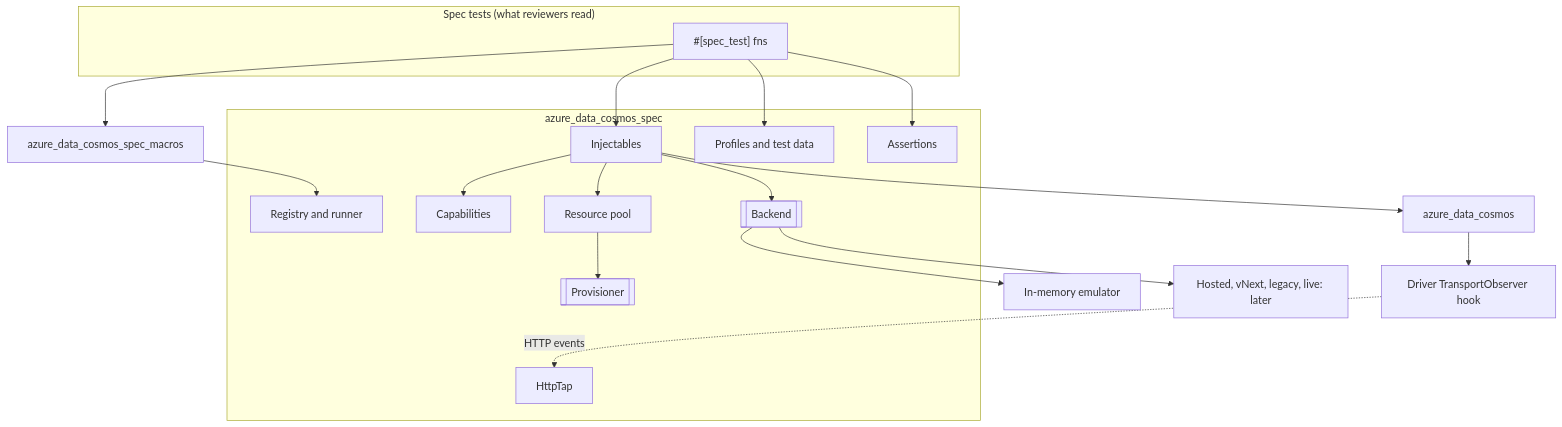
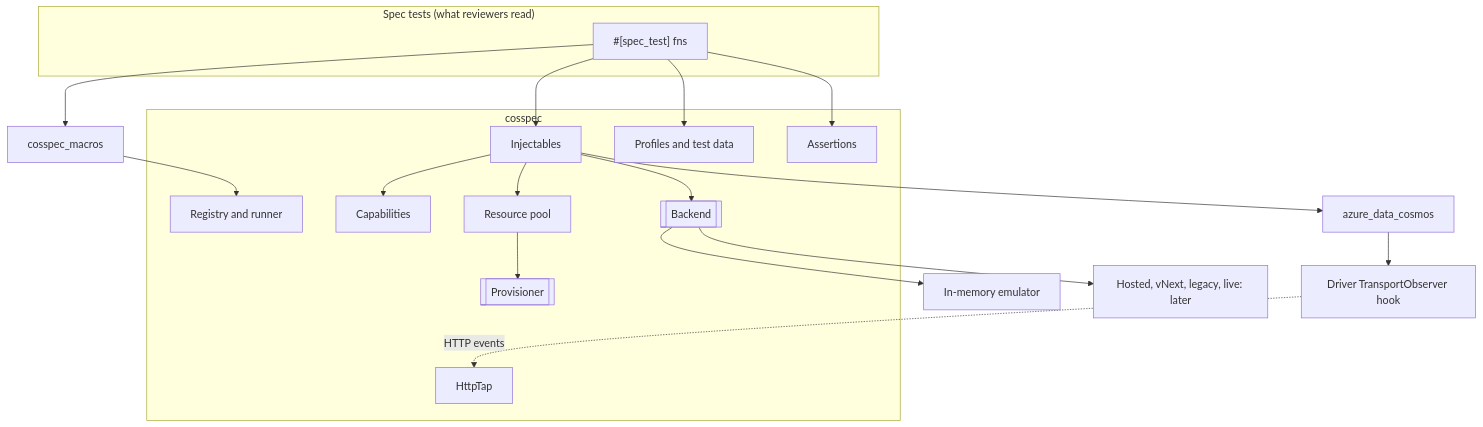
One commit to analogrelay/azure-sdk-for-rust changed the diagram in sdk/cosmos/docs/specs/0030-cosmos-spec-tests.md. Above: the diagram before and after it, drawn with Mermaid. The commit also changed other lines of this file and 30 other files, not shown here.

First line of the commit message:
Rename spec-test crates to cosspec

````diff
--- a/sdk/cosmos/docs/specs/0030-cosmos-spec-tests.md
+++ b/sdk/cosmos/docs/specs/0030-cosmos-spec-tests.md
@@ -120,29 +120,29 @@
 ```mermaid
 flowchart TB
   subgraph Specs["Spec tests (what reviewers read)"]
     T["#[spec_test] fns"]
   end
-  subgraph DSL["azure_data_cosmos_spec"]
+  subgraph DSL["cosspec"]
     R[Registry and runner]
     DI[Injectables]
     C[Capabilities]
     POOL[Resource pool]
     PV[[Provisioner]]
     P[Profiles and test data]
     A[Assertions]
     TAP[HttpTap]
     B[[Backend]]
   end
-  M[azure_data_cosmos_spec_macros]
+  M[cosspec_macros]
   IM[In-memory emulator]
   FUT[Hosted, vNext, legacy, live: later]
   SDK[azure_data_cosmos]
   DRV[Driver TransportObserver hook]
   T --> M --> R
   T --> DI & P & A
   DI --> C
   DI --> POOL --> PV
   DI --> B --> IM & FUT
   DI --> SDK --> DRV
   DRV -. HTTP events .-> TAP
 ```
````
